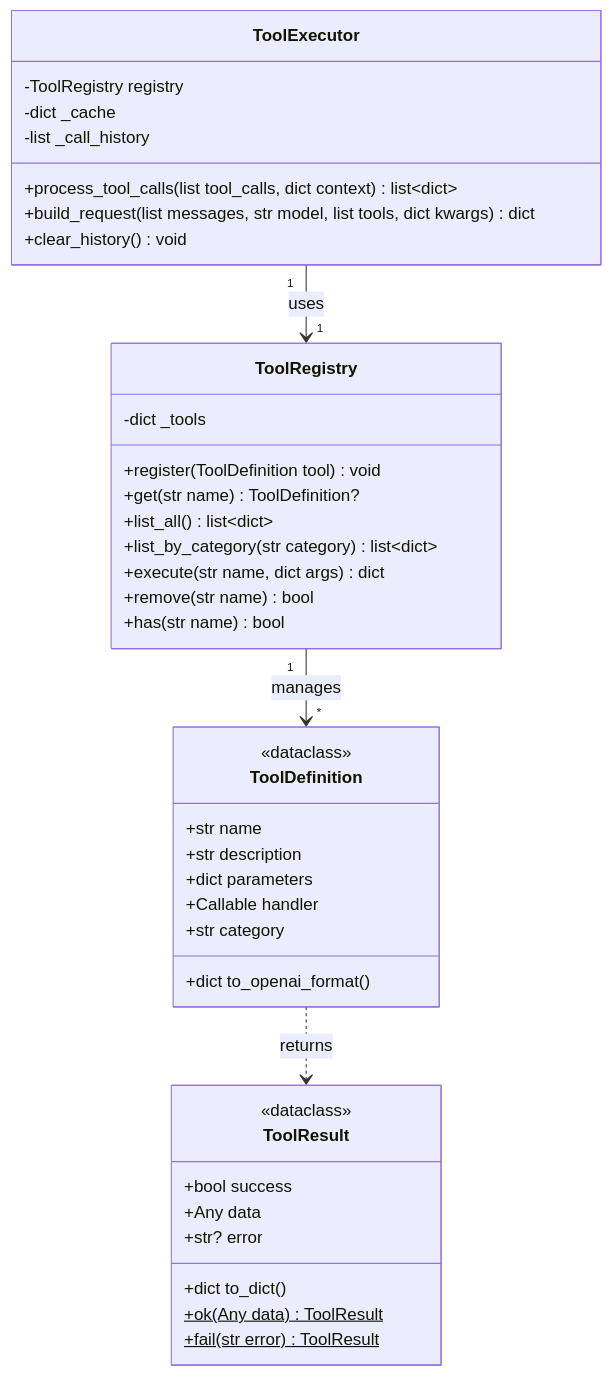
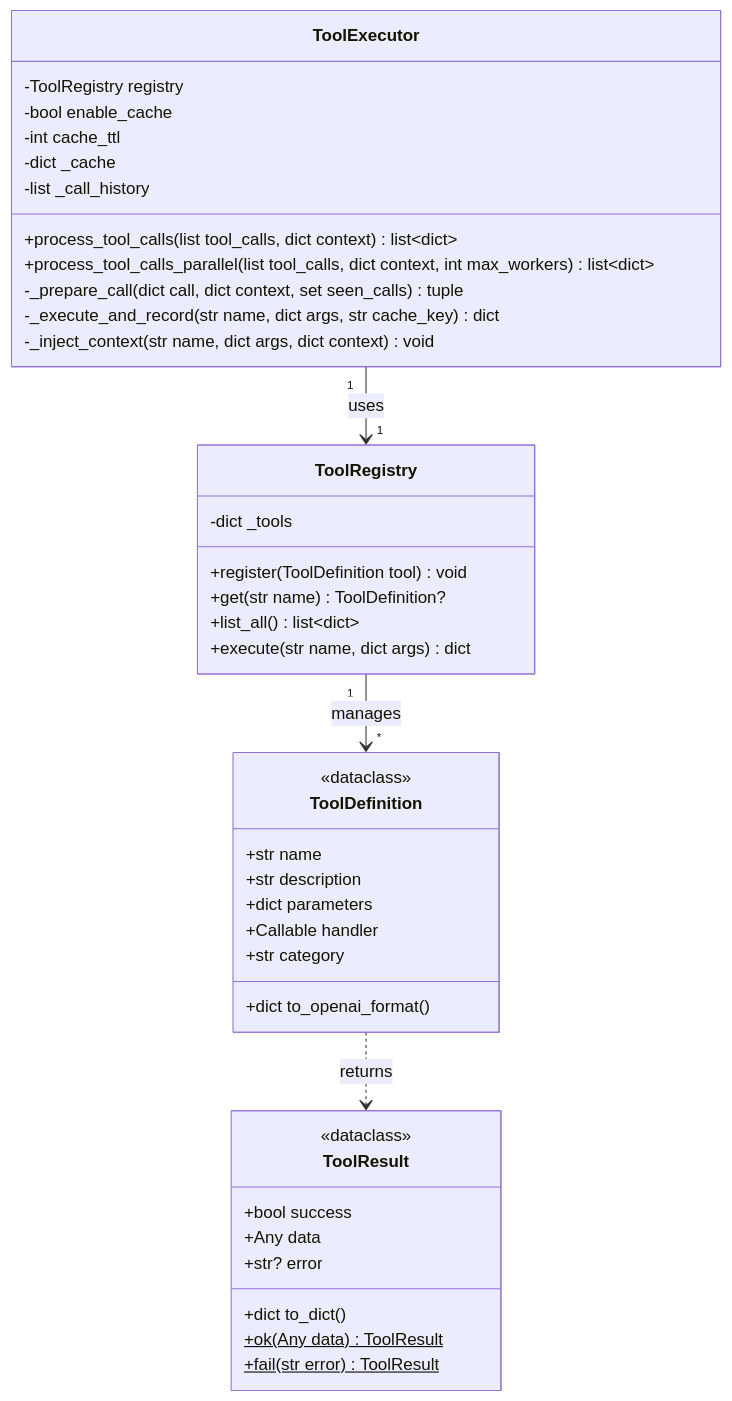
One commit to ViperEkura/nanoClaw changed the diagram in docs/ToolSystemDesign.md. Above: the diagram before and after it, drawn with Mermaid. The commit also changed other lines of this file and 7 other files, not shown here.

````diff
--- a/docs/ToolSystemDesign.md
+++ b/docs/ToolSystemDesign.md
@@ -11,48 +11,49 @@
 ```mermaid
 classDiagram
     direction TB
 
     class ToolDefinition {
         <<dataclass>>
         +str name
         +str description
         +dict parameters
         +Callable handler
         +str category
         +dict to_openai_format()
     }
 
     class ToolRegistry {
         -dict _tools
         +register(ToolDefinition tool) void
         +get(str name) ToolDefinition?
         +list_all() list~dict~
-        +list_by_category(str category) list~dict~
         +execute(str name, dict args) dict
-        +remove(str name) bool
-        +has(str name) bool
     }
 
     class ToolExecutor {
         -ToolRegistry registry
+        -bool enable_cache
+        -int cache_ttl
         -dict _cache
         -list _call_history
         +process_tool_calls(list tool_calls, dict context) list~dict~
-        +build_request(list messages, str model, list tools, dict kwargs) dict
-        +clear_history() void
+        +process_tool_calls_parallel(list tool_calls, dict context, int max_workers) list~dict~
+        -_prepare_call(dict call, dict context, set seen_calls) tuple
+        -_execute_and_record(str name, dict args, str cache_key) dict
+        -_inject_context(str name, dict args, dict context) void
     }
 
     class ToolResult {
         <<dataclass>>
         +bool success
         +Any data
         +str? error
         +dict to_dict()
         +ok(Any data)$ ToolResult
         +fail(str error)$ ToolResult
     }
 
     ToolRegistry "1" --> "*" ToolDefinition : manages
     ToolExecutor "1" --> "1" ToolRegistry : uses
     ToolDefinition ..> ToolResult : returns
 ```
````
